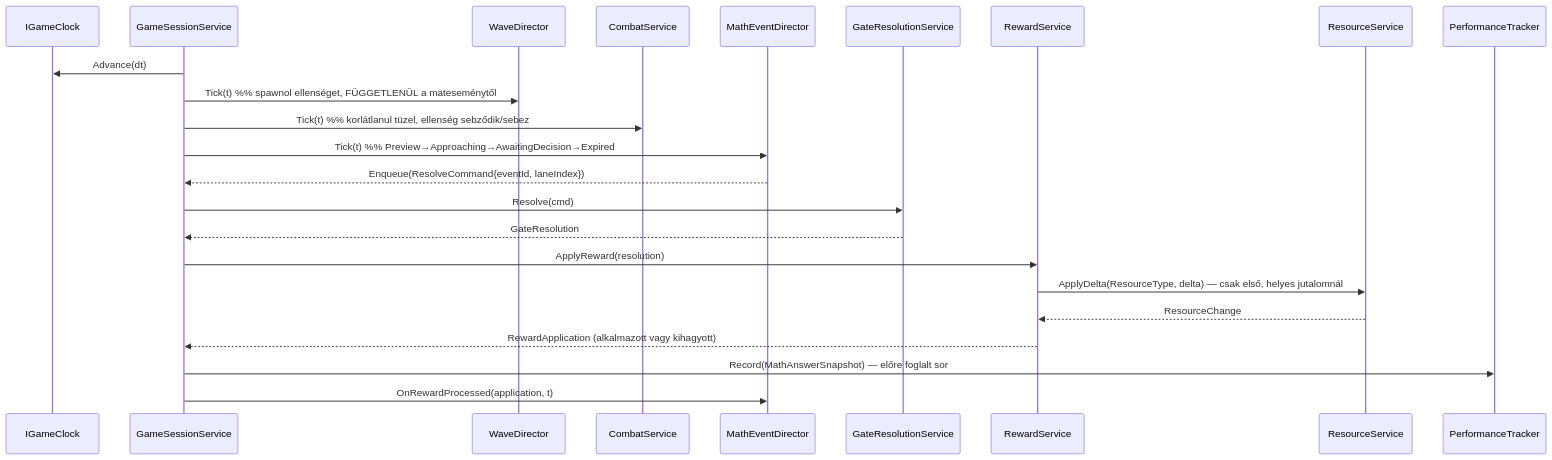
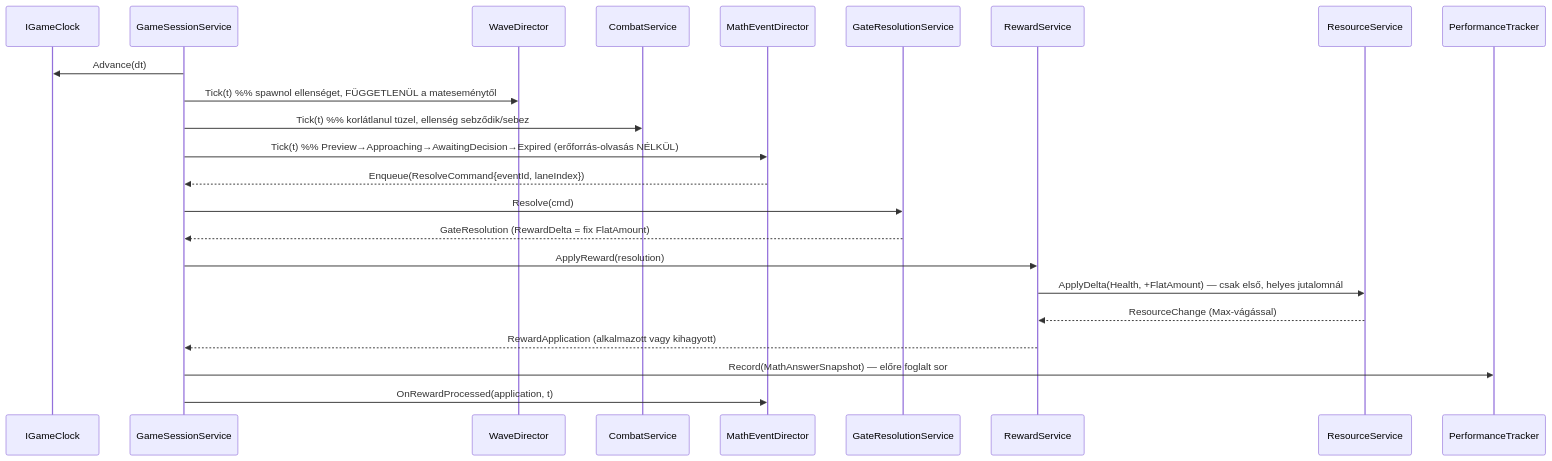
One commit to kmarkodotnet/mathwars changed the fourth of 5 diagrams in docs/ARCHITECTURE.md. Above: the diagram before and after it, drawn with Mermaid. The commit also changed other lines of this file and 13 other files, not shown here.

````diff
--- a/docs/ARCHITECTURE.md
+++ b/docs/ARCHITECTURE.md
@@ -323,25 +334,25 @@
 ```mermaid
 sequenceDiagram
     participant C as IGameClock
     participant S as GameSessionService
     participant W as WaveDirector
     participant K as CombatService
     participant M as MathEventDirector
     participant G as GateResolutionService
     participant Q as RewardService
     participant R as ResourceService
     participant A as PerformanceTracker
     S->>C: Advance(dt)
     S->>W: Tick(t)  %% spawnol ellenséget, FÜGGETLENÜL a mateseménytől
     S->>K: Tick(t)  %% korlátlanul tüzel, ellenség sebződik/sebez
-    S->>M: Tick(t)  %% Preview→Approaching→AwaitingDecision→Expired
+    S->>M: Tick(t)  %% Preview→Approaching→AwaitingDecision→Expired (erőforrás-olvasás NÉLKÜL)
     M-->>S: Enqueue(ResolveCommand{eventId, laneIndex})
     S->>G: Resolve(cmd)
-    G-->>S: GateResolution
+    G-->>S: GateResolution (RewardDelta = fix FlatAmount)
     S->>Q: ApplyReward(resolution)
-    Q->>R: ApplyDelta(ResourceType, delta) — csak első, helyes jutalomnál
-    R-->>Q: ResourceChange
+    Q->>R: ApplyDelta(Health, +FlatAmount) — csak első, helyes jutalomnál
+    R-->>Q: ResourceChange (Max-vágással)
     Q-->>S: RewardApplication (alkalmazott vagy kihagyott)
     S->>A: Record(MathAnswerSnapshot) — előre foglalt sor
     S->>M: OnRewardProcessed(application, t)
 ```
````
